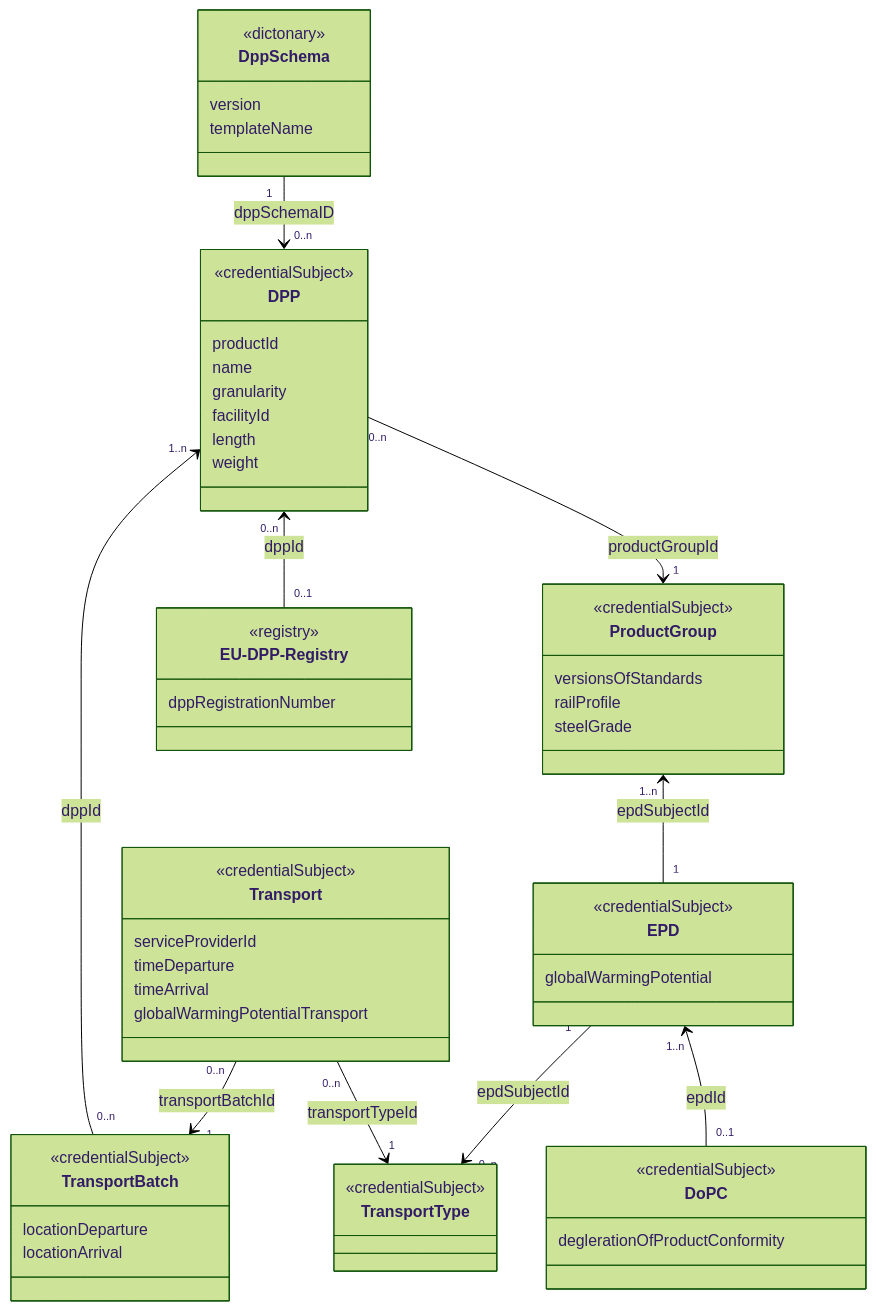
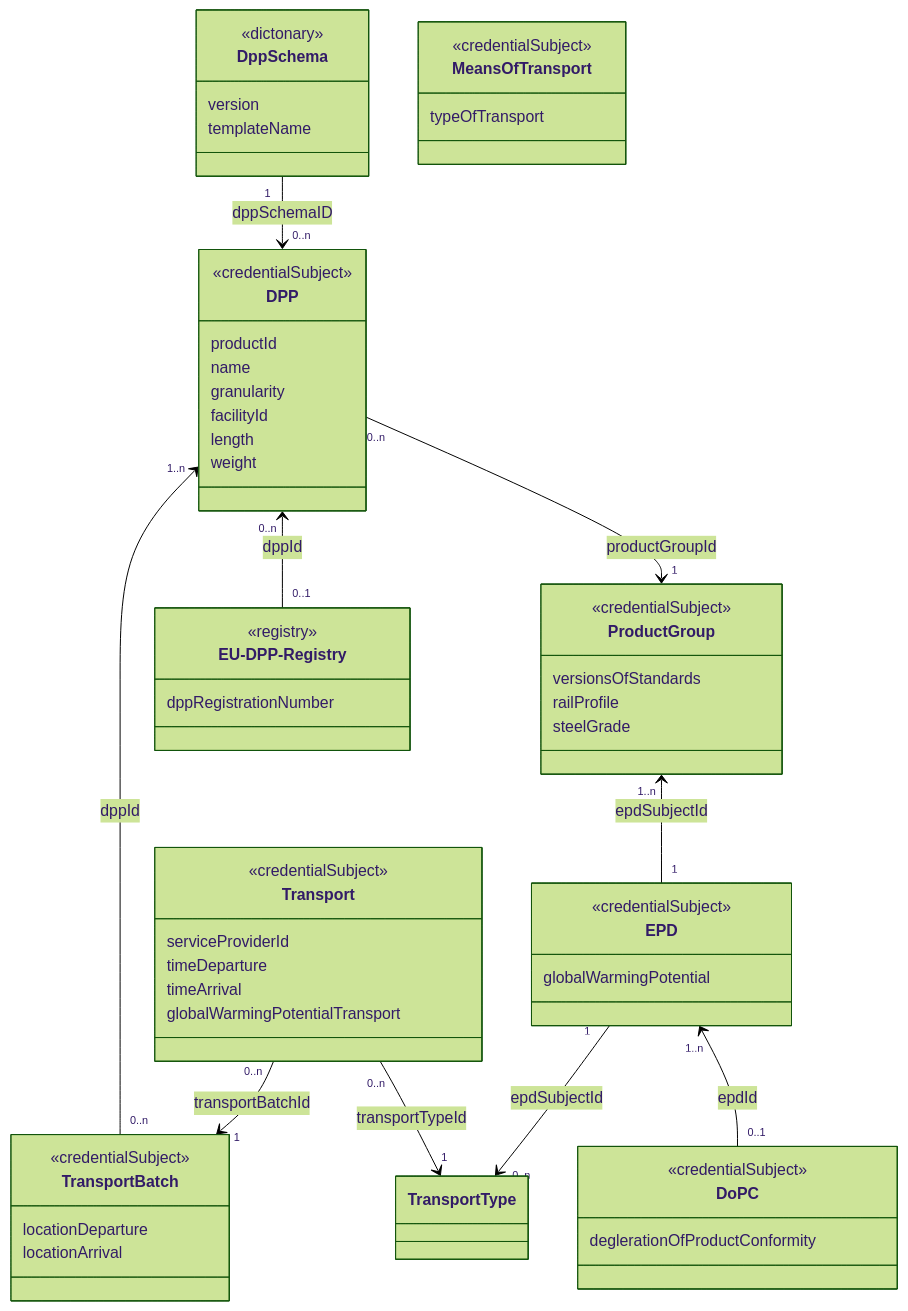
The diagram in src/class-diagram.mermaid (railway-dpp/vocabulary), drawn with Mermaid (forest theme) before and after one commit.

```diff
--- a/src/class-diagram.mermaid
+++ b/src/class-diagram.mermaid
@@ -1,66 +1,67 @@
 classDiagram
     class ProductGroup {
         <<credentialSubject>>
         versionsOfStandards
         railProfile
         steelGrade
     }
 
     class Transport {
         <<credentialSubject>>
         serviceProviderId
         timeDeparture
         timeArrival
         globalWarmingPotentialTransport
     }
 
     class TransportBatch {
         <<credentialSubject>>
         locationDeparture
         locationArrival
     }
 
     class DPP {
         <<credentialSubject>>
         productId
         name
         granularity
         facilityId
         length
         weight
     }
 
     class EU-DPP-Registry {
         <<registry>>
         dppRegistrationNumber
     }
 
     class DppSchema {
         <<dictonary>>
         version
         templateName
     }
     class DoPC {
         <<credentialSubject>>
         deglerationOfProductConformity
     }
 
     class EPD {
         <<credentialSubject>>
         globalWarmingPotential
     }
 
-    class TransportType {
+    class MeansOfTransport {
         <<credentialSubject>>
+        typeOfTransport        
 
     }
 
     EPD "1" --> "0..n" TransportType: epdSubjectId
     Transport "0..n" --> "1" TransportType: transportTypeId
     Transport "0..n" --> "1" TransportBatch: transportBatchId
     DPP "1..n" <-- "0..n" TransportBatch: dppId
     DPP "0..n" <-- "0..1" EU-DPP-Registry: dppId
     DPP "0..n" --> "1" ProductGroup: productGroupId
     ProductGroup "1..n" <-- "1" EPD: epdSubjectId
     EPD "1..n" <-- "0..1" DoPC: epdId
     DppSchema "1" --> "0..n" DPP: dppSchemaID
```
